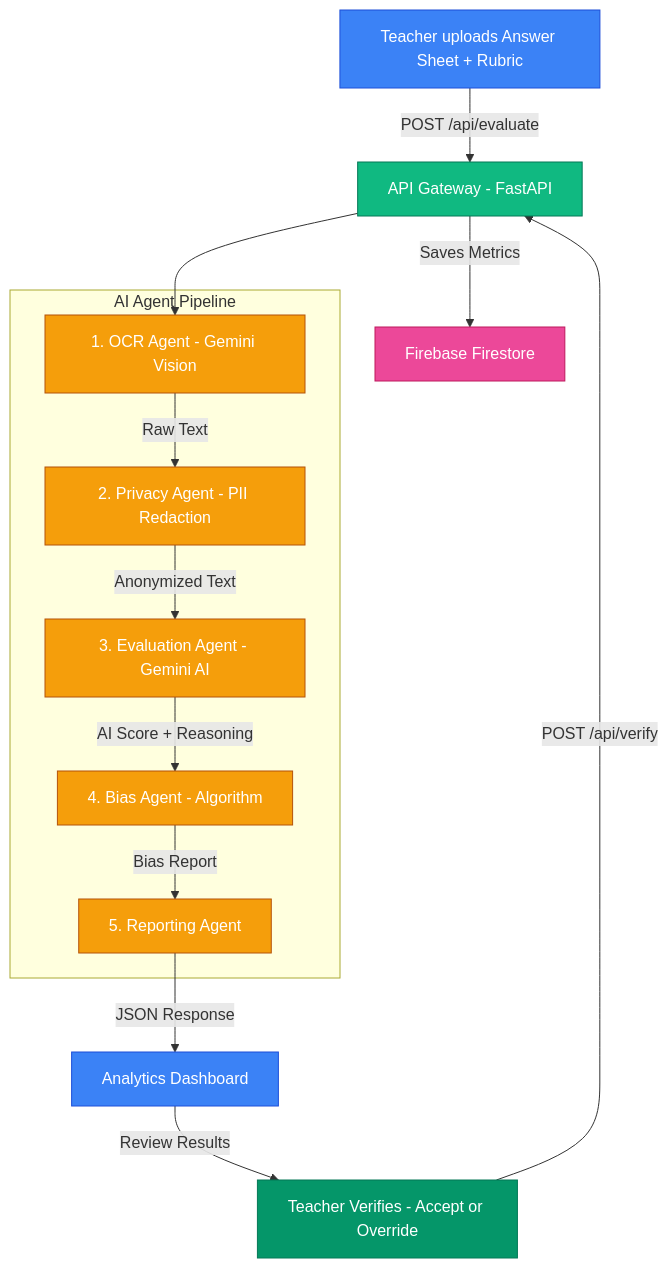
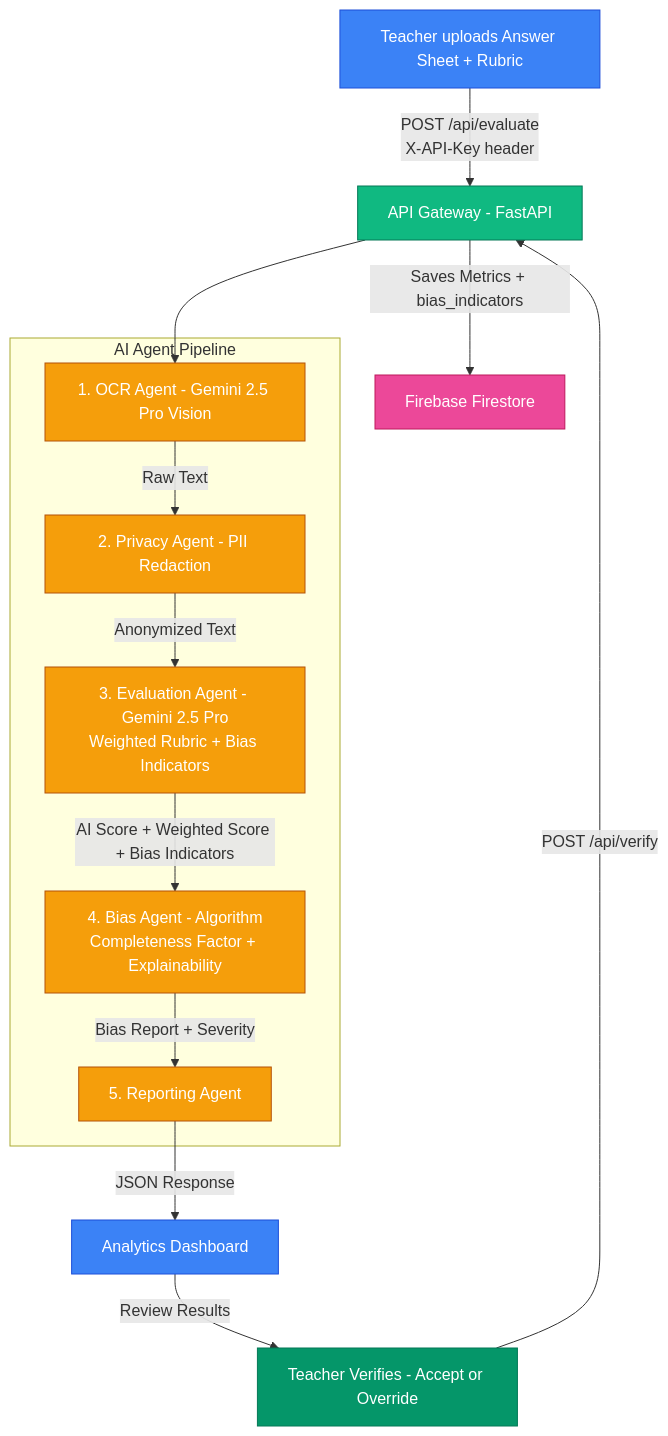
The first of 2 diagrams in README.md (Yashasm18/Fair-Grade), drawn with Mermaid before and after one commit. The commit also changed other lines of this file, not shown here.

First line of the commit message:
docs: update README for v2.1 — Gemini 2.5 Pro, API auth, weighted rubric, Sentry, bias explainability

````diff
--- a/README.md
+++ b/README.md
@@ -125,33 +129,33 @@
 ```mermaid
 graph TD
-    A[Teacher uploads Answer Sheet + Rubric] --> |POST /api/evaluate| C[API Gateway - FastAPI]
+    A[Teacher uploads Answer Sheet + Rubric] --> |POST /api/evaluate\nX-API-Key header| C[API Gateway - FastAPI]
 
     subgraph AI Agent Pipeline
-        D[1. OCR Agent - Gemini Vision]
+        D[1. OCR Agent - Gemini 2.5 Pro Vision]
         E[2. Privacy Agent - PII Redaction]
-        F[3. Evaluation Agent - Gemini AI]
-        G[4. Bias Agent - Algorithm]
+        F[3. Evaluation Agent - Gemini 2.5 Pro\nWeighted Rubric + Bias Indicators]
+        G[4. Bias Agent - Algorithm\nCompleteness Factor + Explainability]
         H[5. Reporting Agent]
     end
 
     C --> D
     D --> |Raw Text| E
     E --> |Anonymized Text| F
-    F --> |AI Score + Reasoning| G
-    G --> |Bias Report| H
+    F --> |AI Score + Weighted Score + Bias Indicators| G
+    G --> |Bias Report + Severity| H
     H --> |JSON Response| B[Analytics Dashboard]
     B --> |Review Results| J[Teacher Verifies - Accept or Override]
     J --> |POST /api/verify| C
-    C --> |Saves Metrics| I[Firebase Firestore]
+    C --> |Saves Metrics + bias_indicators| I[Firebase Firestore]
 
     style A fill:#3b82f6,stroke:#1d4ed8,color:#fff
     style B fill:#3b82f6,stroke:#1d4ed8,color:#fff
     style C fill:#10b981,stroke:#047857,color:#fff
     style D fill:#f59e0b,stroke:#b45309,color:#fff
     style E fill:#f59e0b,stroke:#b45309,color:#fff
     style F fill:#f59e0b,stroke:#b45309,color:#fff
     style G fill:#f59e0b,stroke:#b45309,color:#fff
     style H fill:#f59e0b,stroke:#b45309,color:#fff
     style I fill:#ec4899,stroke:#be185d,color:#fff
     style J fill:#059669,stroke:#047857,color:#fff
 ```
````
